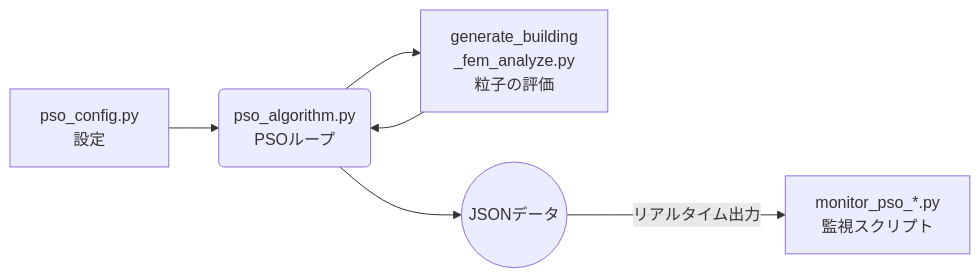
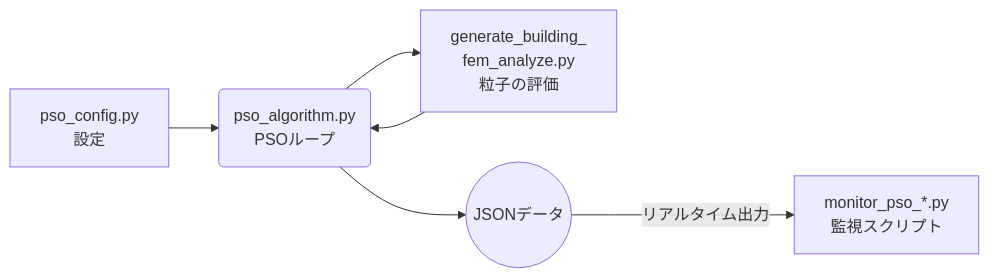
The diagram in docs/PSO_usage.md (jkushida/ai-arch), drawn with Mermaid before and after one commit. The commit also changed 1 other file, not shown here.

Commit message:
Fix Mermaid syntax error by adjusting line break position 📐
- Fixed generate_building<br>_fem_analyze.py to generate_building_<br/>fem_analyze.py
- Prevents Mermaid parsing error with underscore after br tag

````diff
--- a/docs/PSO_usage.md
+++ b/docs/PSO_usage.md
@@ -17,8 +17,8 @@
 ```mermaid
 graph LR
     A[pso_config.py<br/>設定] --> B(pso_algorithm.py<br/>PSOループ)
-    B --> C[generate_building<br>_fem_analyze.py<br/>粒子の評価]
+    B --> C[generate_building_<br/>fem_analyze.py<br/>粒子の評価]
     C --> B
 
     B --> D((JSONデータ)) -- リアルタイム出力 --> E[monitor_pso_*.py<br/>監視スクリプト]
 ```
````
